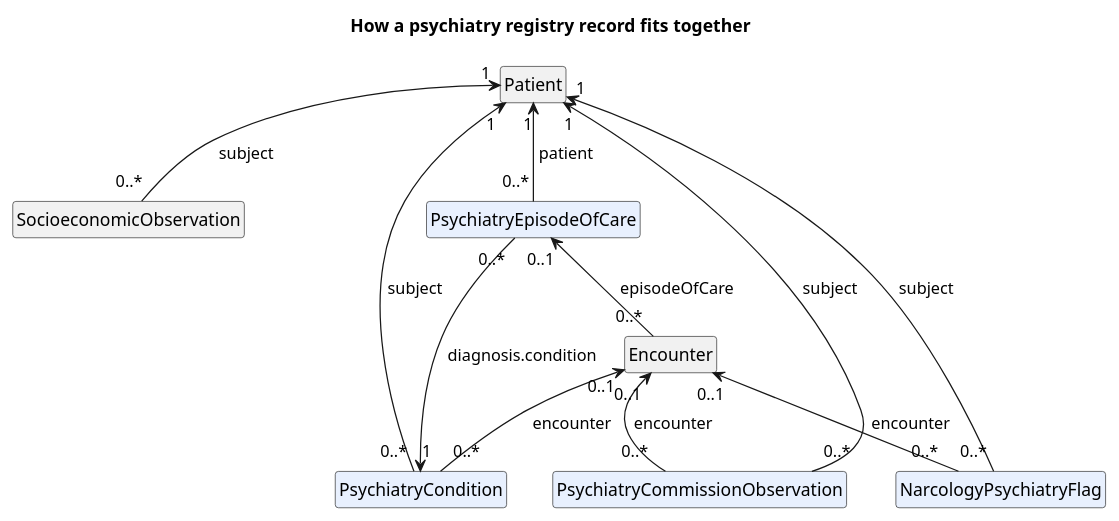
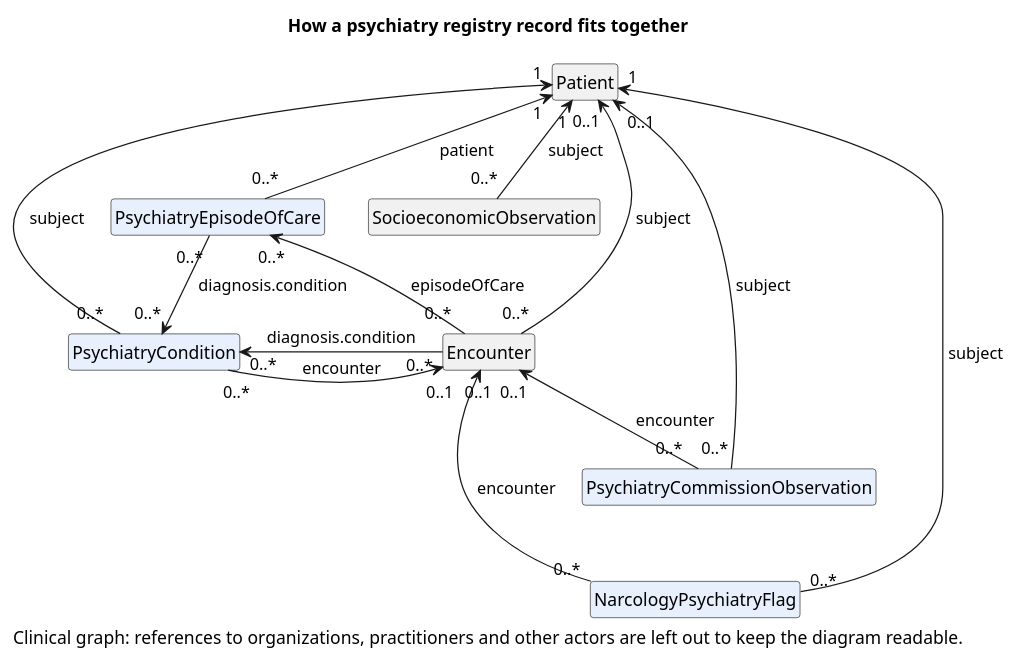
The diagram in input/images-source/psychiatry-model-en.plantuml (icmrnbw/digital-health-integration), drawn with PlantUML before and after one commit. The commit also changed 29 other files, not shown here.

First line of the commit message:
Integration diagrams: all profiles, clinical graph (#104)

```diff
--- a/input/images-source/psychiatry-model-en.plantuml
+++ b/input/images-source/psychiatry-model-en.plantuml
@@ -1,25 +1,29 @@
 @startuml psychiatry-model-en
 hide circle
 hide empty members
 title How a psychiatry registry record fits together
 
 class Patient [[https://dhp.uz/fhir/core/StructureDefinition-uz-core-patient.html{Open the UZ Core Patient profile}]]
 class Encounter [[https://dhp.uz/fhir/core/StructureDefinition-uz-core-encounter.html{Open the UZ Core Encounter profile}]]
 class SocioeconomicObservation [[https://dhp.uz/fhir/core/StructureDefinition-uz-core-socioeconomic-observation.html{Open the UZ Core Socioeconomic Observation profile}]]
 class PsychiatryEpisodeOfCare [[StructureDefinition-psychiatry-episode-of-care.html{Open the PsychiatryEpisodeOfCare profile}]] #E8F0FE
 class PsychiatryCondition [[StructureDefinition-psychiatry-condition.html{Open the PsychiatryCondition profile}]] #E8F0FE
 class PsychiatryCommissionObservation [[StructureDefinition-psychiatry-commission-observation.html{Open the PsychiatryCommissionObservation profile}]] #E8F0FE
 class NarcologyPsychiatryFlag [[StructureDefinition-narcology-psychiatry-flag.html{Open the NarcologyPsychiatryFlag profile}]] #E8F0FE
 
 Patient "1" <-- "0..*" PsychiatryEpisodeOfCare : « patient »
+Patient "1" <-- "0..*" SocioeconomicObservation : « subject »
+PsychiatryEpisodeOfCare "0..*" --> "0..*" PsychiatryCondition : « diagnosis.condition »
+PsychiatryEpisodeOfCare "0..*" <-- "0..*" Encounter : « episodeOfCare »
+Patient "0..1" <-- "0..*" Encounter : « subject »
 Patient "1" <-- "0..*" PsychiatryCondition : « subject »
-Patient "1" <-- "0..*" SocioeconomicObservation : « subject »
-Patient "1" <-- "0..*" PsychiatryCommissionObservation : « subject »
+PsychiatryCondition "0..*" <-right- "0..*" Encounter : « diagnosis.condition »
+PsychiatryCondition "0..*" -right-> "0..1" Encounter : « encounter »
+Encounter "0..1" <--- "0..*" NarcologyPsychiatryFlag : « encounter »
+Encounter "0..1" <-- "0..*" PsychiatryCommissionObservation : « encounter »
 Patient "1" <-- "0..*" NarcologyPsychiatryFlag : « subject »
-PsychiatryEpisodeOfCare "0..1" <-- "0..*" Encounter : « episodeOfCare »
-PsychiatryCondition "1" <-- "0..*" PsychiatryEpisodeOfCare : « diagnosis.condition »
-Encounter "0..1" <-- "0..*" PsychiatryCondition : « encounter »
-Encounter "0..1" <-- "0..*" PsychiatryCommissionObservation : « encounter »
-Encounter "0..1" <-- "0..*" NarcologyPsychiatryFlag : « encounter »
+Patient "0..1" <-- "0..*" PsychiatryCommissionObservation : « subject »
+
+caption Clinical graph: references to organizations, practitioners and other actors are left out to keep the diagram readable.
 
 @enduml
```
